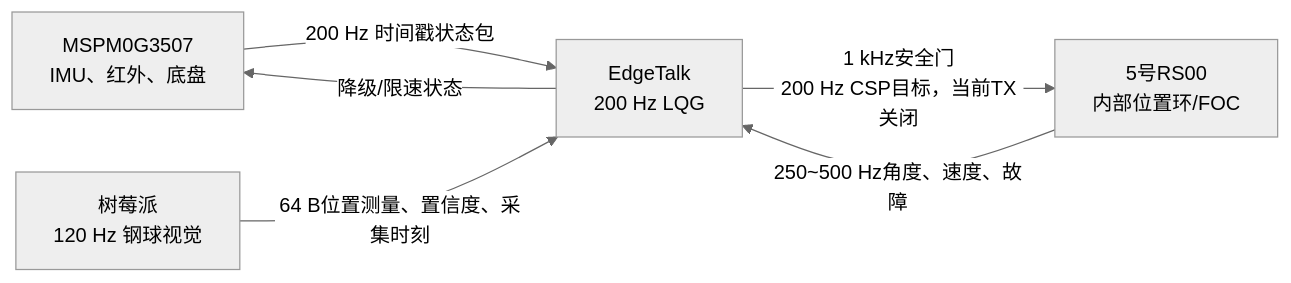
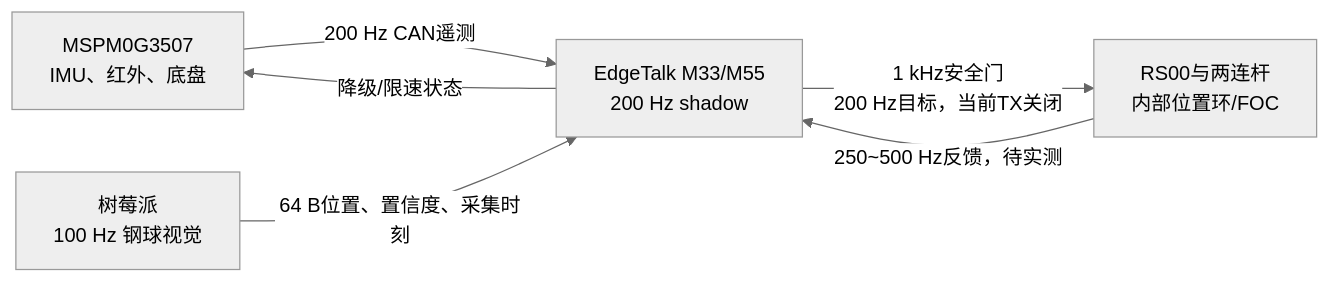
One commit to HalloYang06/2026_TI changed the diagram in README.md. Above: the diagram before and after it, drawn with Mermaid (neutral theme). The commit also changed other lines of this file and 41 other files, not shown here.

````diff
--- a/README.md
+++ b/README.md
@@ -17,8 +24,8 @@
 ```mermaid
 flowchart LR
-    M["MSPM0G3507<br/>IMU、红外、底盘"] -->|"200 Hz 时间戳状态包"| E["EdgeTalk<br/>200 Hz LQG"]
-    P["树莓派<br/>120 Hz 钢球视觉"] -->|"64 B位置测量、置信度、采集时刻"| E
-    E -->|"1 kHz安全门<br/>200 Hz CSP目标，当前TX关闭"| B["5号RS00<br/>内部位置环/FOC"]
-    B -->|"250~500 Hz角度、速度、故障"| E
+    M["MSPM0G3507<br/>IMU、红外、底盘"] -->|"200 Hz CAN遥测"| E["EdgeTalk M33/M55<br/>200 Hz shadow"]
+    P["树莓派<br/>100 Hz 钢球视觉"] -->|"64 B位置、置信度、采集时刻"| E
+    E -->|"1 kHz安全门<br/>200 Hz目标，当前TX关闭"| B["RS00与两连杆<br/>内部位置环/FOC"]
+    B -->|"250~500 Hz反馈，待实测"| E
     E -->|"降级/限速状态"| M
 ```
````
